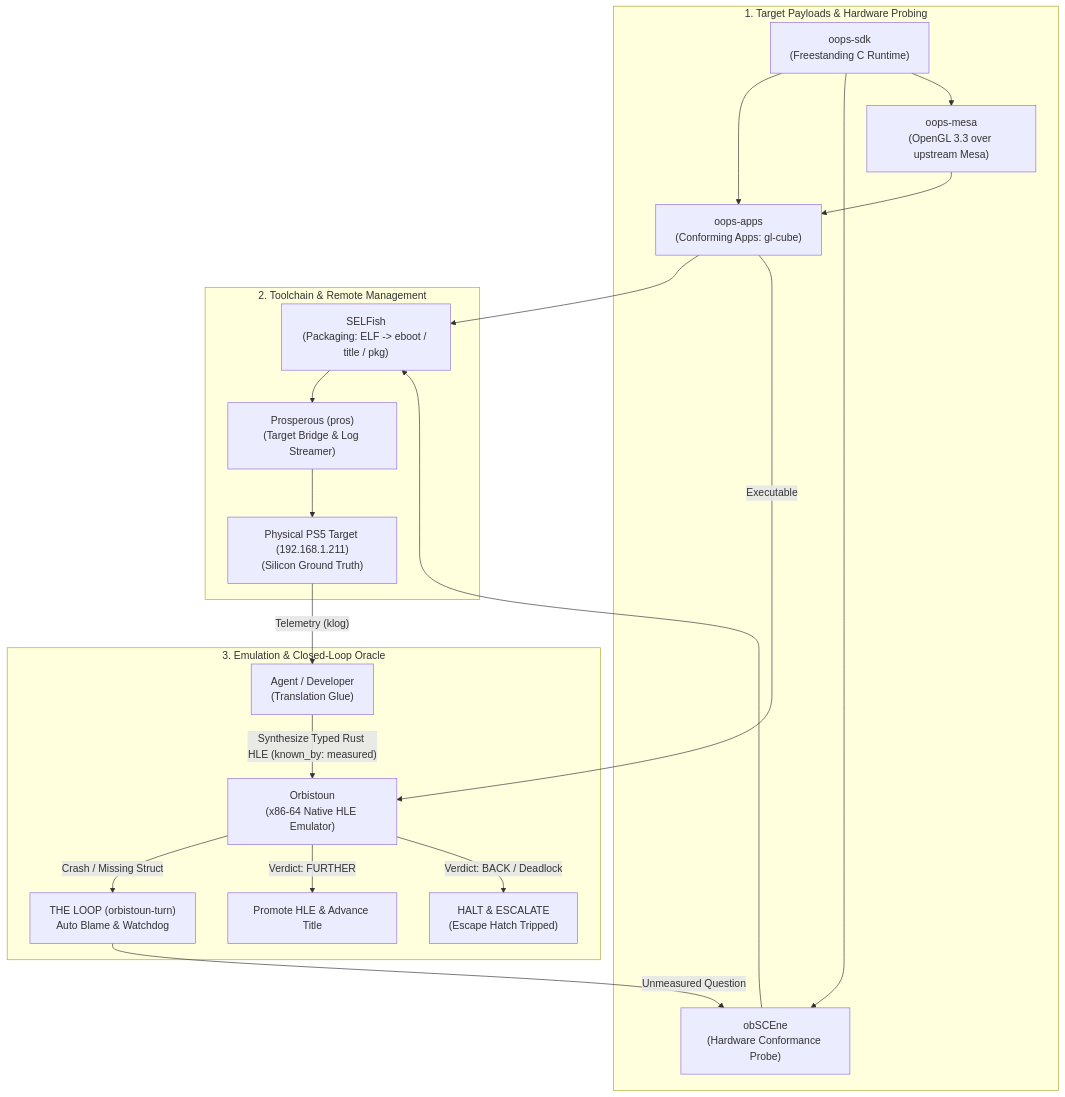
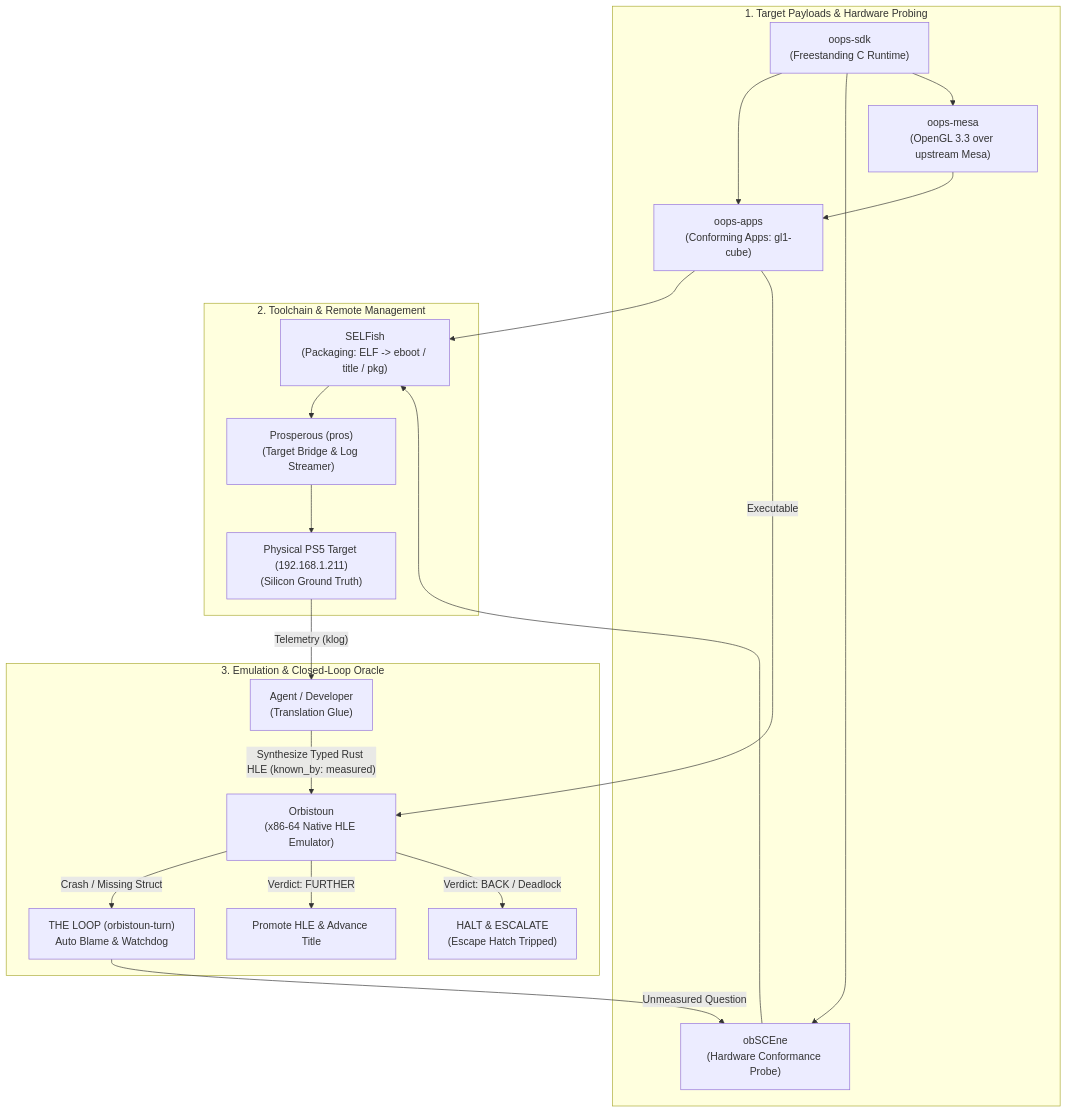
The diagram in README.md (project-oops/OOPS), drawn with Mermaid before and after one commit. The commit also changed other lines of this file and 10 other files, not shown here.

````diff
--- a/README.md
+++ b/README.md
@@ -26,26 +26,26 @@
 ```mermaid
 flowchart TD
     subgraph Target_Payloads["1. Target Payloads & Hardware Probing"]
-        SDK["oops-sdk<br/>(Freestanding C Runtime)"] --> APPS["oops-apps<br/>(Conforming Apps: gl-cube)"]
+        SDK["oops-sdk<br/>(Freestanding C Runtime)"] --> APPS["oops-apps<br/>(Conforming Apps: gl1-cube)"]
         SDK --> OBSCENE["obSCEne<br/>(Hardware Conformance Probe)"]
         SDK --> MESA["oops-mesa<br/>(OpenGL 3.3 over upstream Mesa)"]
         MESA --> APPS
     end
 
     subgraph Toolchain["2. Toolchain & Remote Management"]
         APPS --> SELFISH["SELFish<br/>(Packaging: ELF -> eboot / title / pkg)"]
         OBSCENE --> SELFISH
         SELFISH --> PROS["Prosperous (pros)<br/>(Target Bridge & Log Streamer)"]
         PROS --> PS5["Physical PS5 Target (192.168.1.211)<br/>(Silicon Ground Truth)"]
     end
 
     subgraph Emulation_Loop["3. Emulation & Closed-Loop Oracle"]
         PS5 -- "Telemetry (klog)" --> AGENT["Agent / Developer<br/>(Translation Glue)"]
         APPS -- "Executable" --> ORB["Orbistoun<br/>(x86-64 Native HLE Emulator)"]
         ORB -- "Crash / Missing Struct" --> LOOP["THE LOOP (orbistoun-turn)<br/>Auto Blame & Watchdog"]
         LOOP -- "Unmeasured Question" --> OBSCENE
         AGENT -- "Synthesize Typed Rust HLE (known_by: measured)" --> ORB
         ORB -- "Verdict: FURTHER" --> PROMOTE["Promote HLE & Advance Title"]
         ORB -- "Verdict: BACK / Deadlock" --> HATCH["HALT & ESCALATE<br/>(Escape Hatch Tripped)"]
     end
 ```
````
